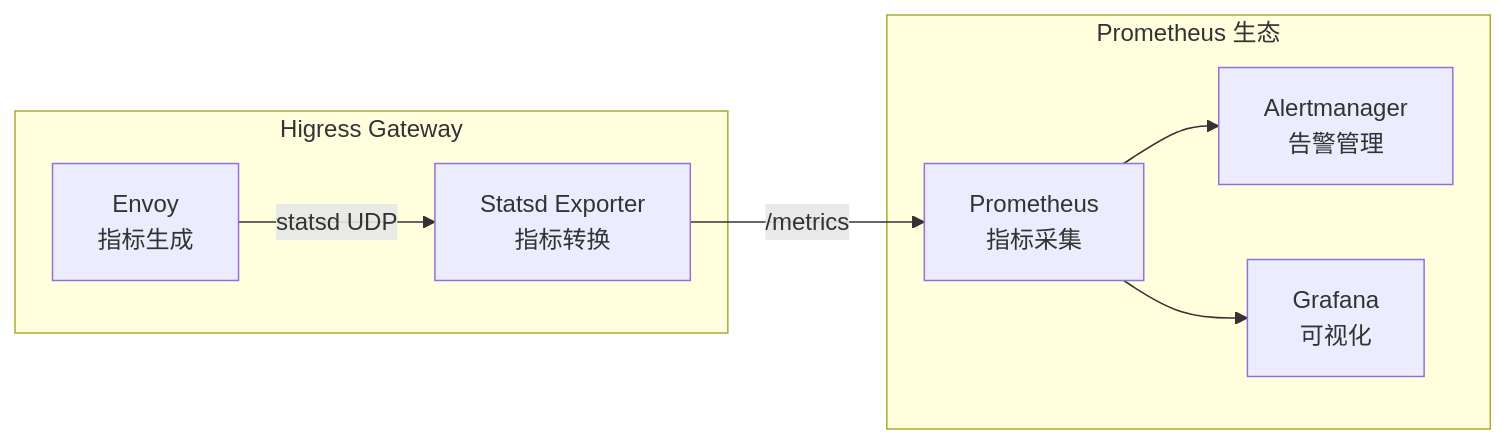
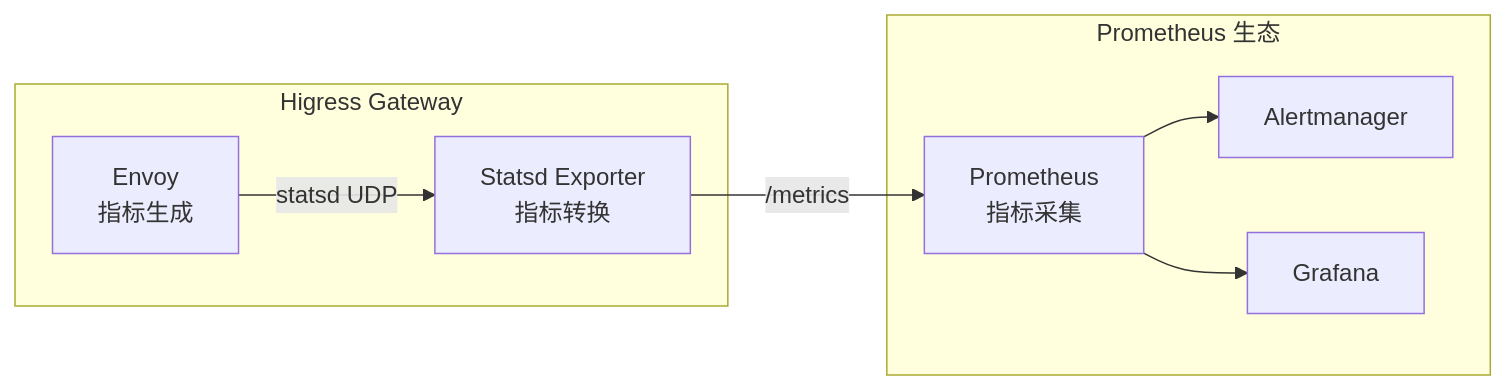
The third of 8 diagrams in src/content/docs/api-gateway/higress/79731151-higress-observability-architecture-guide.md (wssaidong/caishaodong.blog), drawn with Mermaid before and after one commit. The commit also changed other lines of this file and 1 other file, not shown here.

````diff
--- a/src/content/docs/api-gateway/higress/79731151-higress-observability-architecture-guide.md
+++ b/src/content/docs/api-gateway/higress/79731151-higress-observability-architecture-guide.md
@@ -156,18 +226,18 @@
 ```mermaid
 flowchart LR
     subgraph "Higress Gateway"
         Envoy[Envoy<br/>指标生成]
         StatsdExporter[Statsd Exporter<br/>指标转换]
     end
-    
+
     subgraph "Prometheus 生态"
         PROM[Prometheus<br/>指标采集]
-        ALERTMGR[Alertmanager<br/>告警管理]
-        GRAFANA[Grafana<br/>可视化]
+        ALERTMGR[Alertmanager]
+        GRAFANA[Grafana]
     end
-    
+
     Envoy -->|statsd UDP| StatsdExporter
     StatsdExporter -->|/metrics| PROM
     PROM --> ALERTMGR
     PROM --> GRAFANA
 ```
````
